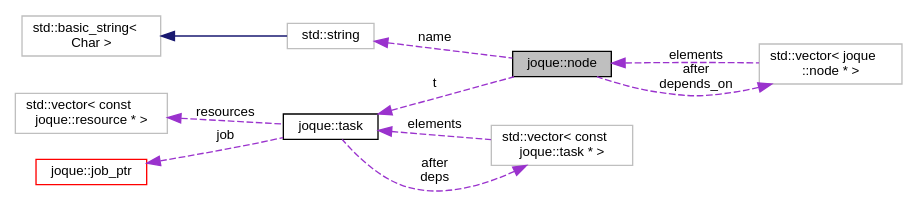
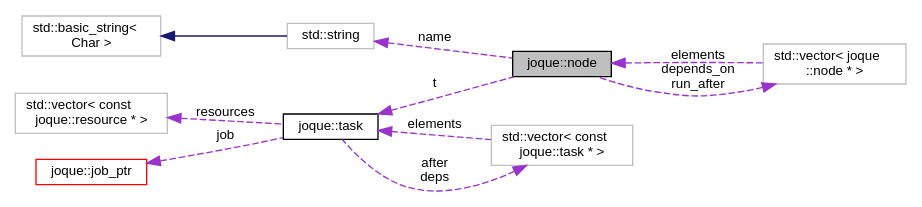
Before and after one commit to koniarik/joque: the diagram in structjoque_1_1node__coll__graph.dot, drawn with Graphviz. The commit also changed 136 other files, not shown here.

```diff
--- a/structjoque_1_1node__coll__graph.dot
+++ b/structjoque_1_1node__coll__graph.dot
@@ -1,24 +1,24 @@
 digraph "joque::node"
 {
  // LATEX_PDF_SIZE
   edge [fontname="Helvetica",fontsize="10",labelfontname="Helvetica",labelfontsize="10"];
   node [fontname="Helvetica",fontsize="10",shape=record];
   rankdir="LR";
-  Node1 [label="joque::node",height=0.2,width=0.4,color="black", fillcolor="grey75", style="filled", fontcolor="black",tooltip=" "];
-  Node2 -> Node1 [dir="back",color="darkorchid3",fontsize="10",style="dashed",label=" after\ndepends_on" ,fontname="Helvetica"];
+  Node1 [label="joque::node",height=0.2,width=0.4,color="black", fillcolor="grey75", style="filled", fontcolor="black",tooltip="Node representing all execution-related information for one task."];
+  Node2 -> Node1 [dir="back",color="darkorchid3",fontsize="10",style="dashed",label=" depends_on\nrun_after" ,fontname="Helvetica"];
   Node2 [label="std::vector\< joque\l::node * \>",height=0.2,width=0.4,color="grey75", fillcolor="white", style="filled",tooltip=" "];
   Node1 -> Node2 [dir="back",color="darkorchid3",fontsize="10",style="dashed",label=" elements" ,fontname="Helvetica"];
   Node3 -> Node1 [dir="back",color="darkorchid3",fontsize="10",style="dashed",label=" name" ,fontname="Helvetica"];
   Node3 [label="std::string",height=0.2,width=0.4,color="grey75", fillcolor="white", style="filled",tooltip=" "];
   Node4 -> Node3 [dir="back",color="midnightblue",fontsize="10",style="solid",fontname="Helvetica"];
   Node4 [label="std::basic_string\<\l Char \>",height=0.2,width=0.4,color="grey75", fillcolor="white", style="filled",tooltip=" "];
   Node5 -> Node1 [dir="back",color="darkorchid3",fontsize="10",style="dashed",label=" t" ,fontname="Helvetica"];
   Node5 [label="joque::task",height=0.2,width=0.4,color="black", fillcolor="white", style="filled",URL="$namespacejoque.html#structjoque_1_1task",tooltip=" "];
   Node6 -> Node5 [dir="back",color="darkorchid3",fontsize="10",style="dashed",label=" resources" ,fontname="Helvetica"];
   Node6 [label="std::vector\< const\l joque::resource * \>",height=0.2,width=0.4,color="grey75", fillcolor="white", style="filled",tooltip=" "];
   Node8 -> Node5 [dir="back",color="darkorchid3",fontsize="10",style="dashed",label=" job" ,fontname="Helvetica"];
   Node8 [label="joque::job_ptr",height=0.2,width=0.4,color="red", fillcolor="white", style="filled",URL="$structjoque_1_1job__ptr.html",tooltip=" "];
   Node11 -> Node5 [dir="back",color="darkorchid3",fontsize="10",style="dashed",label=" after\ndeps" ,fontname="Helvetica"];
   Node11 [label="std::vector\< const\l joque::task * \>",height=0.2,width=0.4,color="grey75", fillcolor="white", style="filled",tooltip=" "];
   Node5 -> Node11 [dir="back",color="darkorchid3",fontsize="10",style="dashed",label=" elements" ,fontname="Helvetica"];
 }
```
